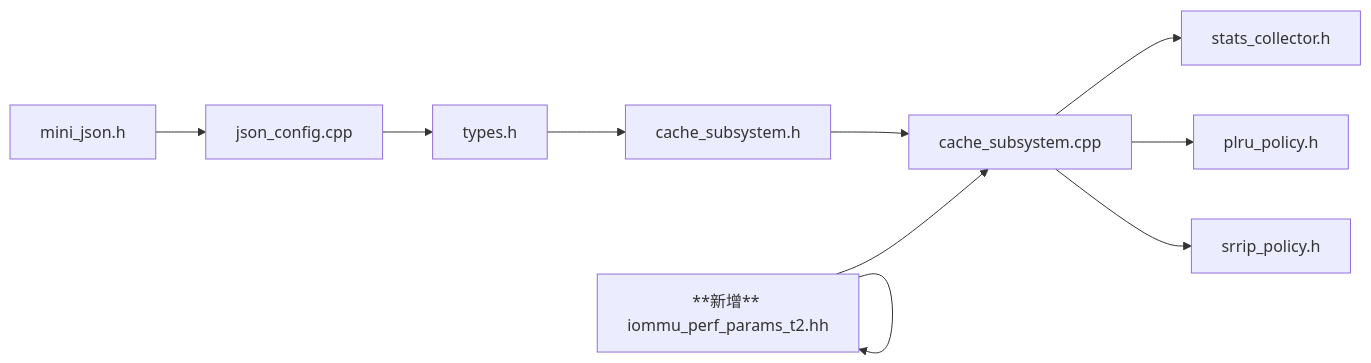
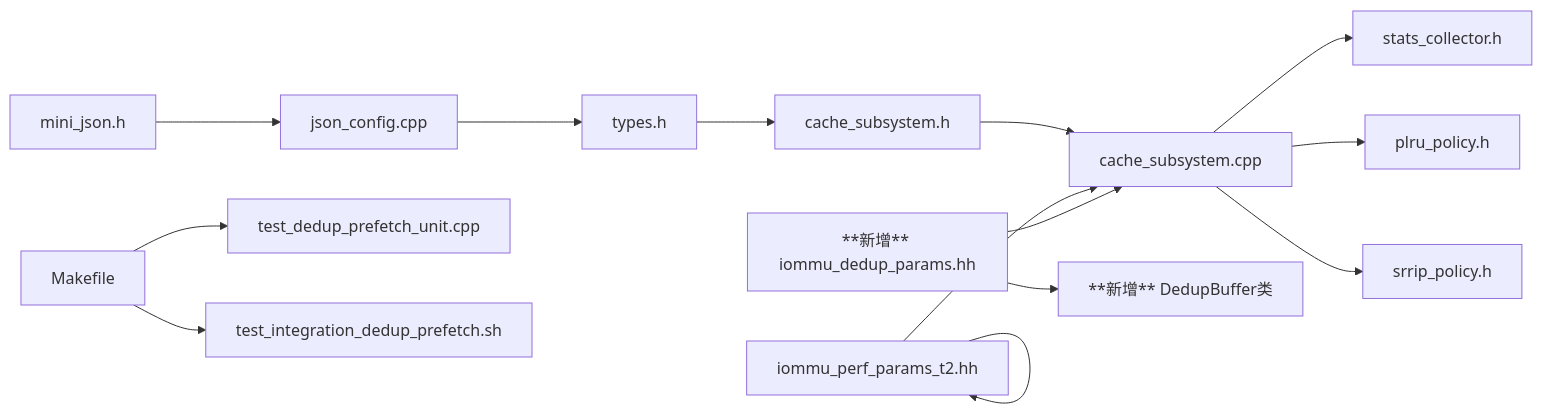
One commit to jiangjiang1122/iommu_model_20260401_v1 changed the sixth of 6 diagrams in .qoder/repowiki/zh/content/配置和参数管理.md. Above: the diagram before and after it, drawn with Mermaid. The commit also changed other lines of this file and 12 other files, not shown here.

````diff
--- a/.qoder/repowiki/zh/content/配置和参数管理.md
+++ b/.qoder/repowiki/zh/content/配置和参数管理.md
@@ -445,12 +597,16 @@
 ```mermaid
 graph LR
 MJH["mini_json.h"] --> JCC["json_config.cpp"]
 JCC --> TYH["types.h"]
 TYH --> CSH["cache_subsystem.h"]
 CSH --> CSC["cache_subsystem.cpp"]
 CSC --> SCH["stats_collector.h"]
 CSC --> PLH["plru_policy.h"]
 CSC --> SRH["srrip_policy.h"]
-PPH["**新增** iommu_perf_params_t2.hh"] --> CSC
+PPH["iommu_perf_params_t2.hh"] --> CSC
 PPH --> PPH
+DPH["**新增** iommu_dedup_params.hh"] --> CSC
+DPH --> DBC["**新增** DedupBuffer类"]
+MKF["Makefile"] --> TUP["test_dedup_prefetch_unit.cpp"]
+MKF --> TIS["test_integration_dedup_prefetch.sh"]
 ```
````
